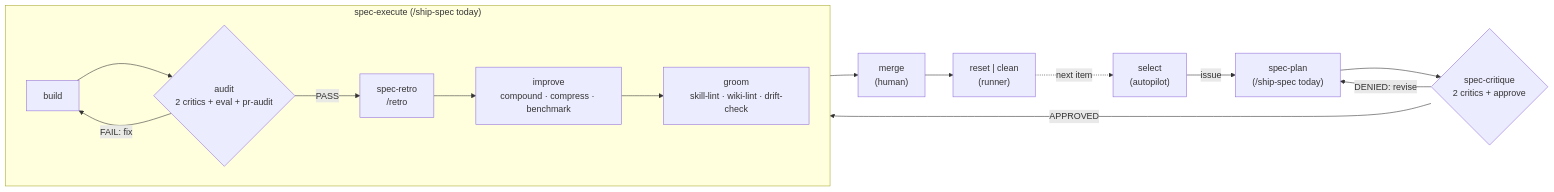
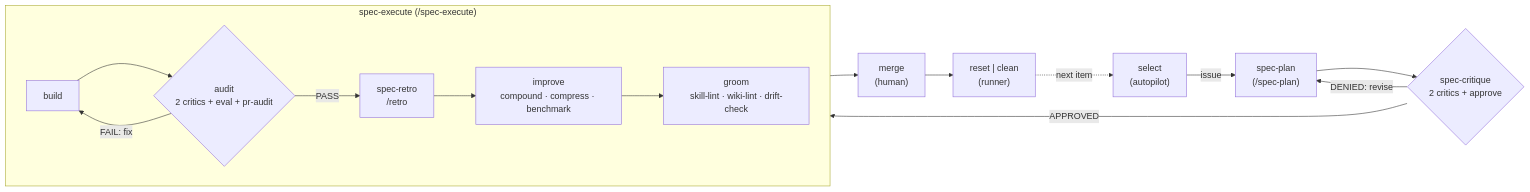
The diagram in AGENTS.md (mifunedev/openharness), drawn with Mermaid before and after one commit. The commit also changed other lines of this file and 6 other files, not shown here.

First line of the commit message:
skill: split /ship-spec into the spec-* family (#265) (#266)

````diff
--- a/AGENTS.md
+++ b/AGENTS.md
@@ -135,18 +135,18 @@
 ```mermaid
 flowchart LR
-    SEL["select<br/>(autopilot)"] -->|issue| PLAN["spec-plan<br/>(/ship-spec today)"]
+    SEL["select<br/>(autopilot)"] -->|issue| PLAN["spec-plan<br/>(/spec-plan)"]
     PLAN --> CRIT{"spec-critique<br/>2 critics + approve"}
     CRIT -->|DENIED: revise| PLAN
     CRIT -->|APPROVED| BUILD["build"]
-    subgraph EXEC["spec-execute (/ship-spec today)"]
+    subgraph EXEC["spec-execute (/spec-execute)"]
         direction LR
         BUILD --> AUDIT{"audit<br/>2 critics + eval + pr-audit"}
         AUDIT -->|FAIL: fix| BUILD
         AUDIT -->|PASS| SRETRO["spec-retro<br/>/retro"]
         SRETRO --> IMPROVE["improve<br/>compound · compress · benchmark"]
         IMPROVE --> GROOM["groom<br/>skill-lint · wiki-lint · drift-check"]
     end
     GROOM --> MERGE["merge<br/>(human)"]
     MERGE --> RESET["reset | clean<br/>(runner)"]
     RESET -.->|next item| SEL
 ```
````
